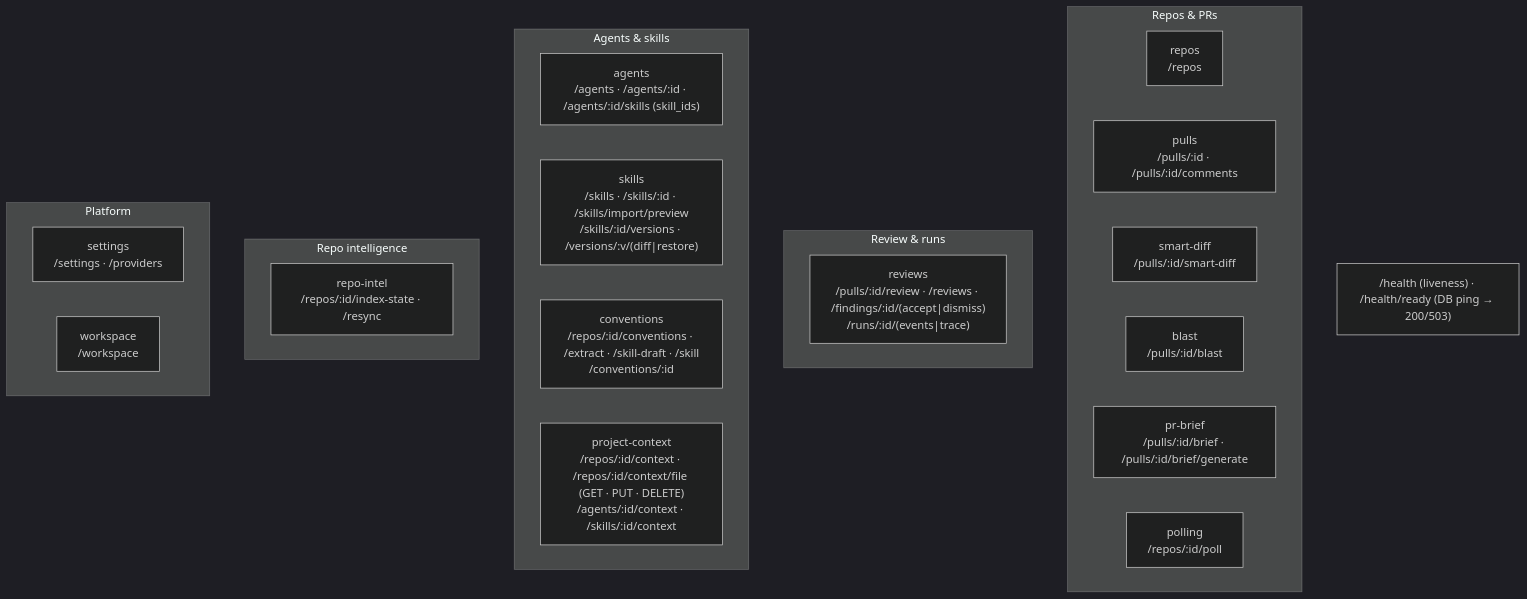
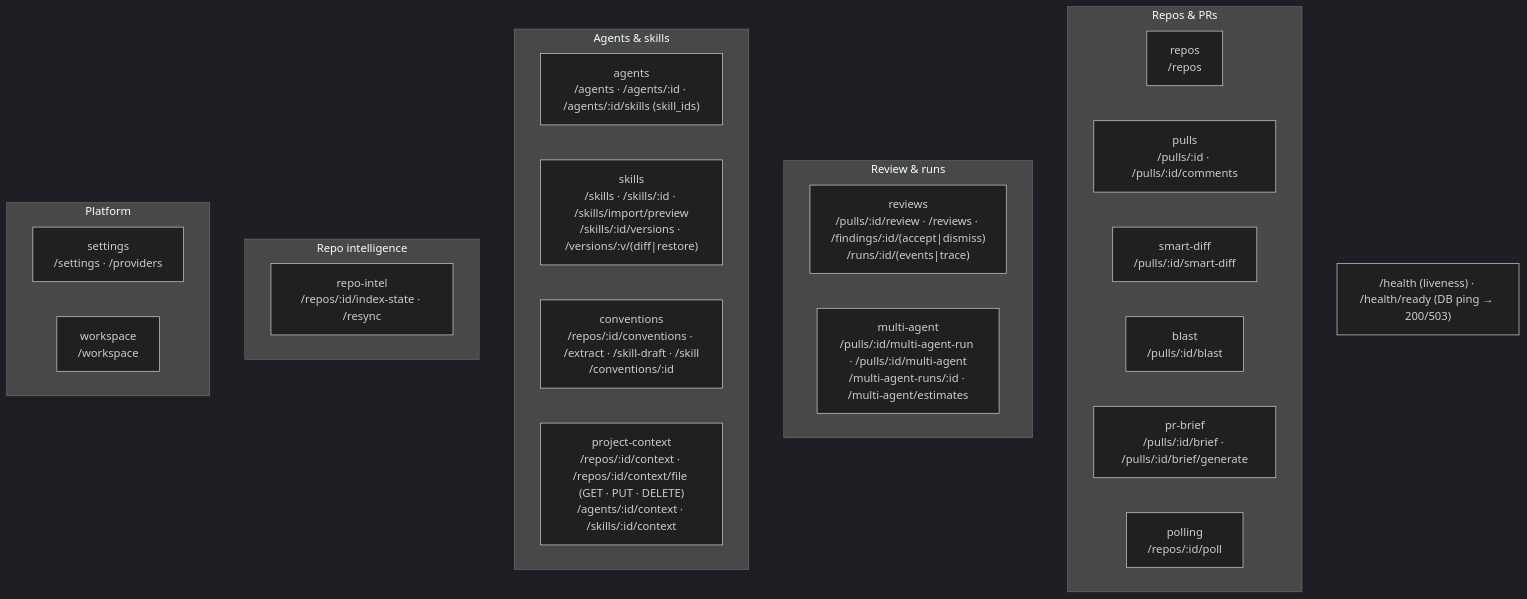
One commit to ira-horobets/dev-digest changed the second of 2 diagrams in server/README.md. Above: the diagram before and after it, drawn with Mermaid (dark theme). The commit also changed other lines of this file and 144 other files, not shown here.

First line of the commit message:
feat(multi-agent): run several reviewer agents on one PR and compare results

````diff
--- a/server/README.md
+++ b/server/README.md
@@ -64,28 +64,29 @@
 ```mermaid
 flowchart TB
   subgraph Repos_PRs["Repos & PRs"]
     repos["repos<br/>/repos"]
     pulls["pulls<br/>/pulls/:id · /pulls/:id/comments"]
     smartDiff["smart-diff<br/>/pulls/:id/smart-diff"]
     blast["blast<br/>/pulls/:id/blast"]
     prBrief["pr-brief<br/>/pulls/:id/brief · /pulls/:id/brief/generate"]
     polling["polling<br/>/repos/:id/poll"]
   end
   subgraph Review["Review & runs"]
     reviews["reviews<br/>/pulls/:id/review · /reviews · /findings/:id/(accept|dismiss)<br/>/runs/:id/(events|trace)"]
+    multiAgent["multi-agent<br/>/pulls/:id/multi-agent-run · /pulls/:id/multi-agent<br/>/multi-agent-runs/:id · /multi-agent/estimates"]
   end
   subgraph Agents["Agents & skills"]
     agents["agents<br/>/agents · /agents/:id · /agents/:id/skills (skill_ids)"]
     skills["skills<br/>/skills · /skills/:id · /skills/import/preview<br/>/skills/:id/versions · /versions/:v/(diff|restore)"]
     conventions["conventions<br/>/repos/:id/conventions · /extract · /skill-draft · /skill<br/>/conventions/:id"]
     projectContext["project-context<br/>/repos/:id/context · /repos/:id/context/file (GET · PUT · DELETE)<br/>/agents/:id/context · /skills/:id/context"]
   end
   subgraph Intel["Repo intelligence"]
     repoIntel["repo-intel<br/>/repos/:id/index-state · /resync"]
   end
   subgraph Platform["Platform"]
     settings["settings<br/>/settings · /providers"]
     workspace["workspace<br/>/workspace"]
   end
   HEALTH["/health (liveness) · /health/ready (DB ping → 200/503)"]
 ```
````
